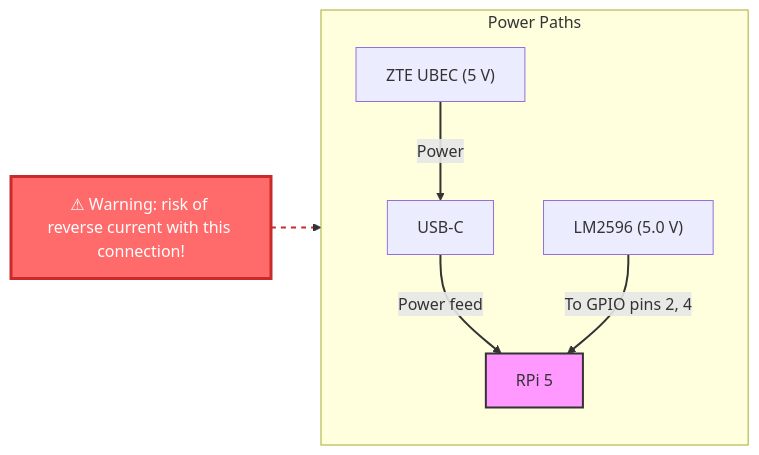
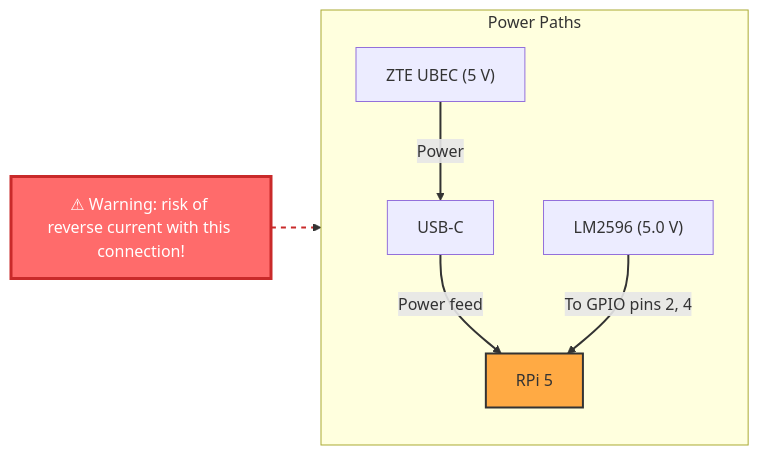
The second of 2 diagrams in docs/project-history.md (al-sapsan/AlphaBot), drawn with Mermaid before and after one commit.

Commit message:
change color for RPi5

````diff
--- a/docs/project-history.md
+++ b/docs/project-history.md
@@ -150,20 +150,20 @@
 ```mermaid
 flowchart LR
     XH["ZTE UBEC (5 V)"] -->|Power| UC["USB‑C"]
     UC -->|Power feed| RPI["RPi 5"]
     LM["LM2596 (5.0 V)"] -->|To GPIO pins 2, 4| RPI
     subgraph PowerPath["Power Paths"]
         direction TB
         XH
         UC
         RPI
         LM
     end
     note1["⚠ Warning: risk of reverse current with this connection!"]
     note1 -.-> RPI
-    style RPI fill:#f9f,stroke:#333,stroke-width:2px
+    style RPI fill:#fa4,stroke:#333,stroke-width:2px
     style note1 fill:#ff6b6b,stroke:#c92a2a,stroke-width:3px,color:#fff
     linkStyle default stroke:#333,stroke-width:2px
     linkStyle 3 stroke:#c92a2a,stroke-width:2px,stroke-dasharray: 5 5
 
 ```
````
